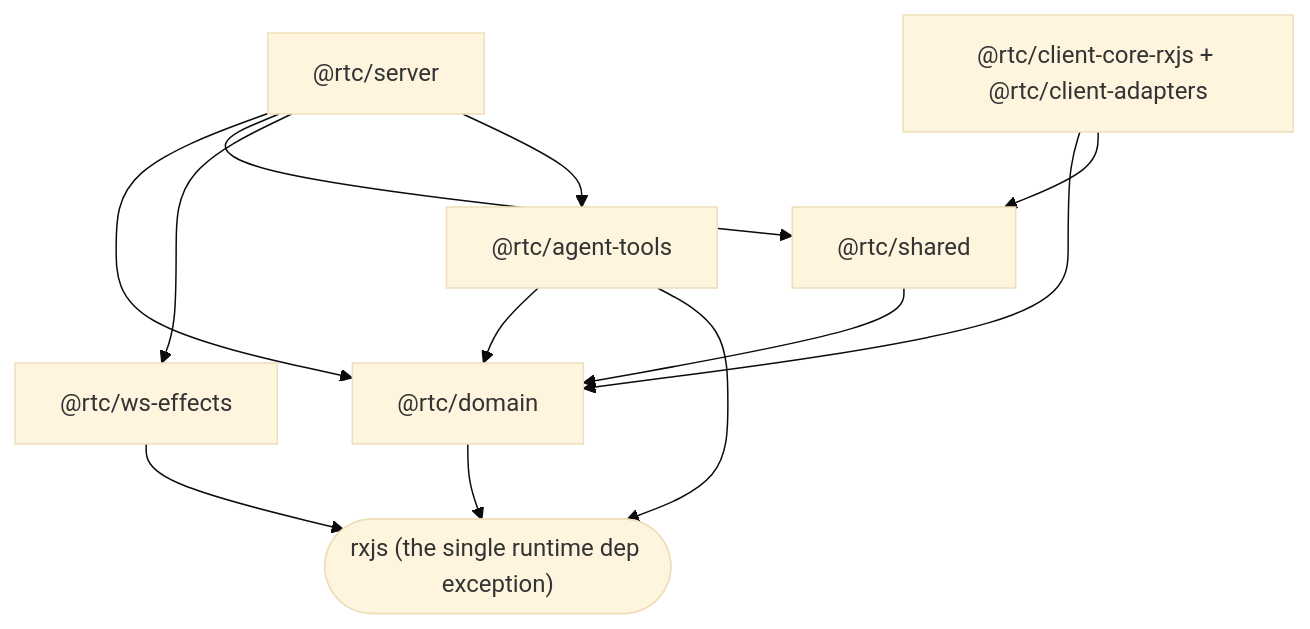
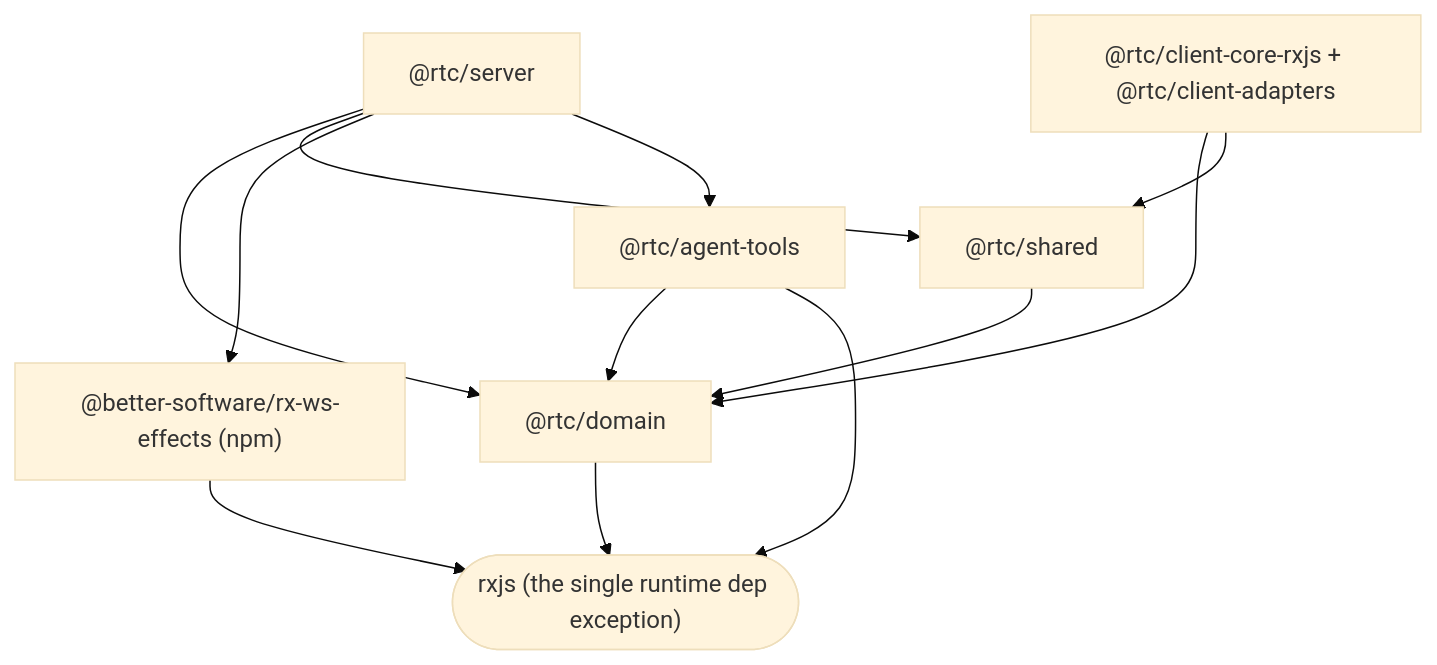
The seventh of 9 diagrams in docs/architecture/18-jarvis-ai-agent-surface.md (bettersoftware-io/ReactiveTraderCloudClone), drawn with Mermaid (base theme) before and after one commit. The commit also changed other lines of this file and 73 other files, not shown here.

First line of the commit message:
refactor(server): run on @better-software/rx-ws-effects from npm, delete packages/ws-effects

````diff
--- a/docs/architecture/18-jarvis-ai-agent-surface.md
+++ b/docs/architecture/18-jarvis-ai-agent-surface.md
@@ -387,23 +387,23 @@
 ```mermaid
 flowchart TD
     RXJS(["rxjs (the single runtime dep exception)"])
 
     DOM["@rtc/domain"]
     AGT["@rtc/agent-tools"]
     SHD["@rtc/shared"]
-    WSE["@rtc/ws-effects"]
+    WSE["@better-software/rx-ws-effects (npm)"]
     SRV["@rtc/server"]
     CC["@rtc/client-core-rxjs + @rtc/client-adapters"]
 
     DOM --> RXJS
     AGT --> DOM
     AGT --> RXJS
     SHD --> DOM
     WSE --> RXJS
     SRV --> DOM
     SRV --> SHD
     SRV --> WSE
     SRV --> AGT
     CC --> DOM
     CC --> SHD
 ```
````
